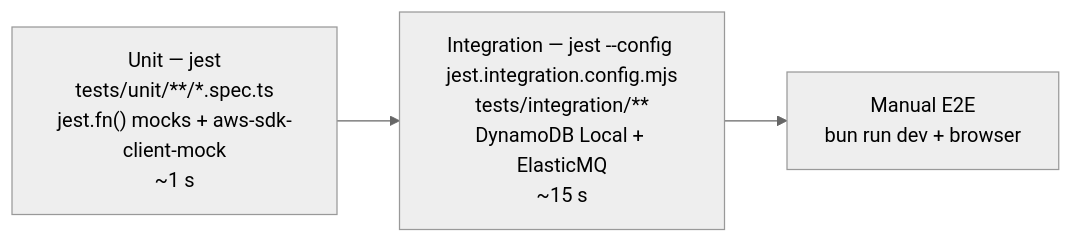
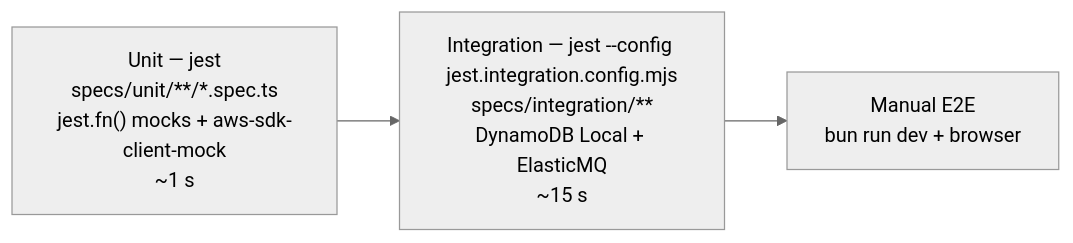
Before and after one commit to sumiyab/noti-request-system: the diagram in docs/backend-design.md, drawn with Mermaid (neutral theme). The commit also changed other lines of this file and 40 other files, not shown here.

First line of the commit message:
Rename the tests folders to specs

````diff
--- a/docs/backend-design.md
+++ b/docs/backend-design.md
@@ -250,4 +250,4 @@
 ```mermaid
 flowchart LR
-  U["Unit — jest<br/>tests/unit/**/*.spec.ts<br/>jest.fn() mocks + aws-sdk-client-mock<br/>~1 s"] --> I["Integration — jest --config jest.integration.config.mjs<br/>tests/integration/**<br/>DynamoDB Local + ElasticMQ<br/>~15 s"] --> E["Manual E2E<br/>bun run dev + browser"]
+  U["Unit — jest<br/>specs/unit/**/*.spec.ts<br/>jest.fn() mocks + aws-sdk-client-mock<br/>~1 s"] --> I["Integration — jest --config jest.integration.config.mjs<br/>specs/integration/**<br/>DynamoDB Local + ElasticMQ<br/>~15 s"] --> E["Manual E2E<br/>bun run dev + browser"]
 ```
````
